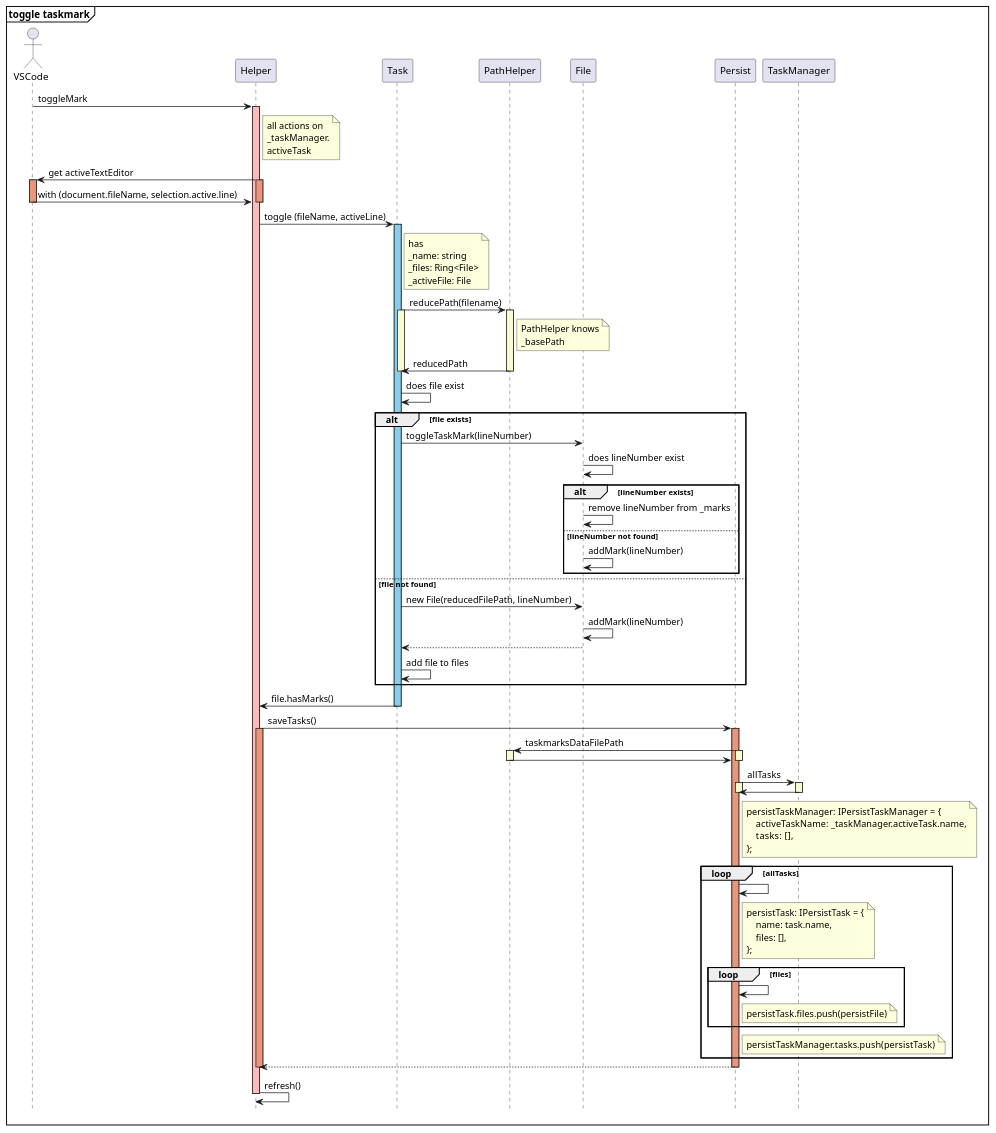
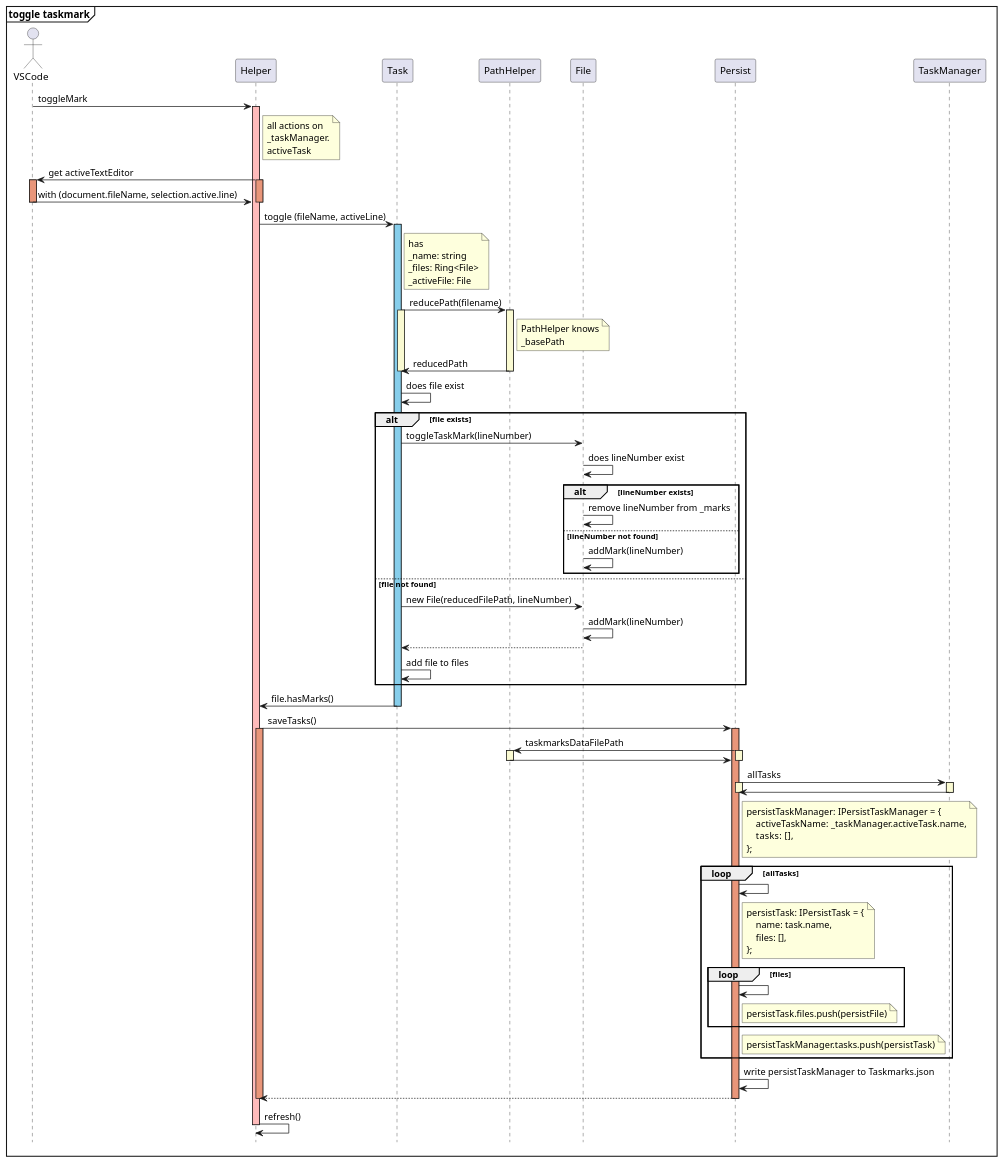
The diagram in docu/toggleTaskmark.puml (norbertK/taskmarks), drawn with PlantUML before and after one commit. The commit also changed 1 other file, not shown here.

```diff
--- a/docu/toggleTaskmark.puml
+++ b/docu/toggleTaskmark.puml
@@ -2,129 +2,130 @@
 @startuml startup
 
 hide footbox
 
 mainframe **toggle taskmark**
 
 actor VSCode
 participant Helper as help
 participant Task as task
 participant PathHelper as ph
 participant File as file
 participant Persist as p
 participant TaskManager as tm
 
 VSCode -> help: toggleMark
 activate help #FFBBBB
 
 note right of help
     all actions on
     _taskManager.
     activeTask
 end note
 
 help -> VSCode: get activeTextEditor
 activate help #DarkSalmon
 activate VSCode #DarkSalmon
 VSCode -> help: with (document.fileName, selection.active.line)
 deactivate VSCode
 deactivate help
 
 
 help -> task: toggle (fileName, activeLine)
 activate task #SkyBlue
 note right of task
     has
     _name: string
     _files: Ring<File>
     _activeFile: File
 end note
 
 task -> ph: reducePath(filename)
 activate task #LightGoldenRodYellow
 activate ph #LightGoldenRodYellow
 
 note right of ph
     PathHelper knows
     _basePath
 end note
 
 ph -> task: reducedPath
 deactivate ph
 deactivate task
 
 task -> task: does file exist
 
 alt file exists
     task -> file: toggleTaskMark(lineNumber)
     file -> file: does lineNumber exist
     alt lineNumber exists
         file -> file: remove lineNumber from _marks
     else lineNumber not found
         file -> file: addMark(lineNumber)
     end
 
 else file not found
     task -> file: new File(reducedFilePath, lineNumber)
     file -> file: addMark(lineNumber)
     file --> task
     task -> task: add file to files
 
 end
 
 task -> help: file.hasMarks()
 deactivate task
 
 help -> p: saveTasks()
 activate help #DarkSalmon
 activate p #DarkSalmon
 p -> ph: taskmarksDataFilePath
 activate p #LightGoldenRodYellow
 activate ph #LightGoldenRodYellow
 ph -> p
 deactivate ph
 deactivate p
 
 p -> tm: allTasks
 activate p #LightGoldenRodYellow
 activate tm #LightGoldenRodYellow
 tm -> p
 deactivate tm
 deactivate p
 
 note right of p
     persistTaskManager: IPersistTaskManager = {
         activeTaskName: _taskManager.activeTask.name,
         tasks:  [],
     };
 end note
 loop allTasks
     p -> p
     note right of p
         persistTask: IPersistTask = {
             name: task.name,
             files: [],
         };
     end note
     loop files
         p -> p
         note right of p
             persistTask.files.push(persistFile)
         end note
     end
     note right of p
         persistTaskManager.tasks.push(persistTask)
     end note
 end
 
+p -> p: write persistTaskManager to Taskmarks.json
 
 p --> help
 deactivate p
 deactivate help
 
 help -> help: refresh()
 
 
 deactivate help
 
 
 @endjson
```
